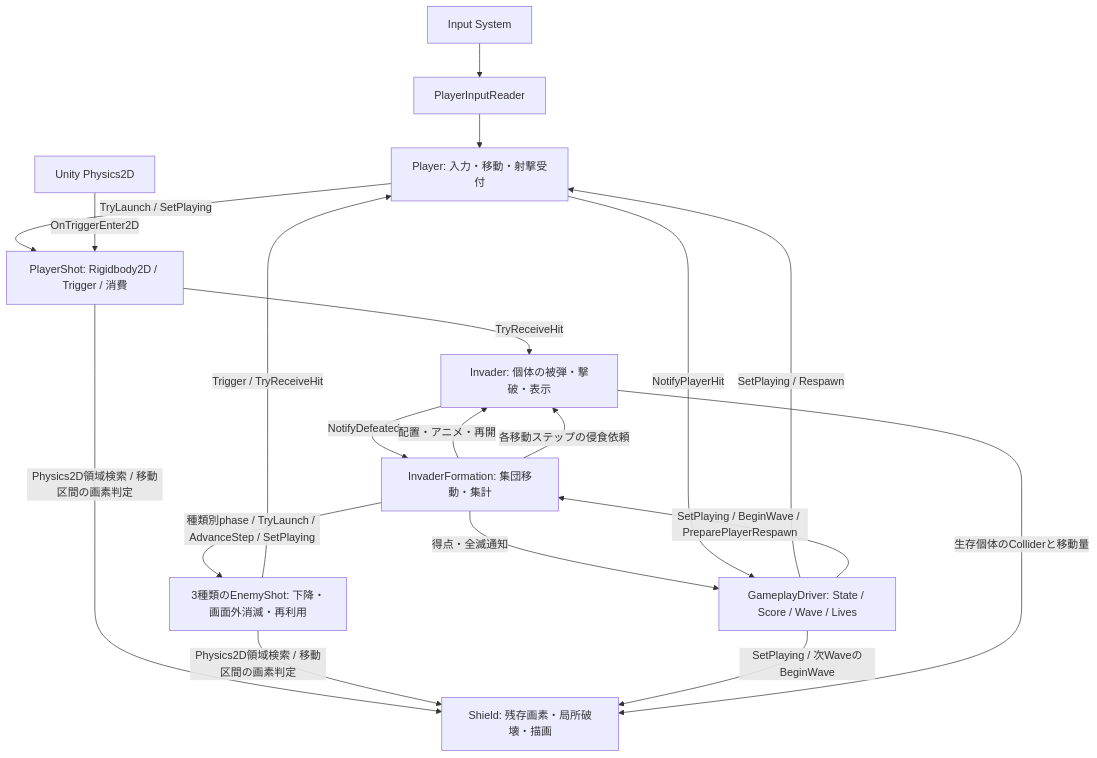
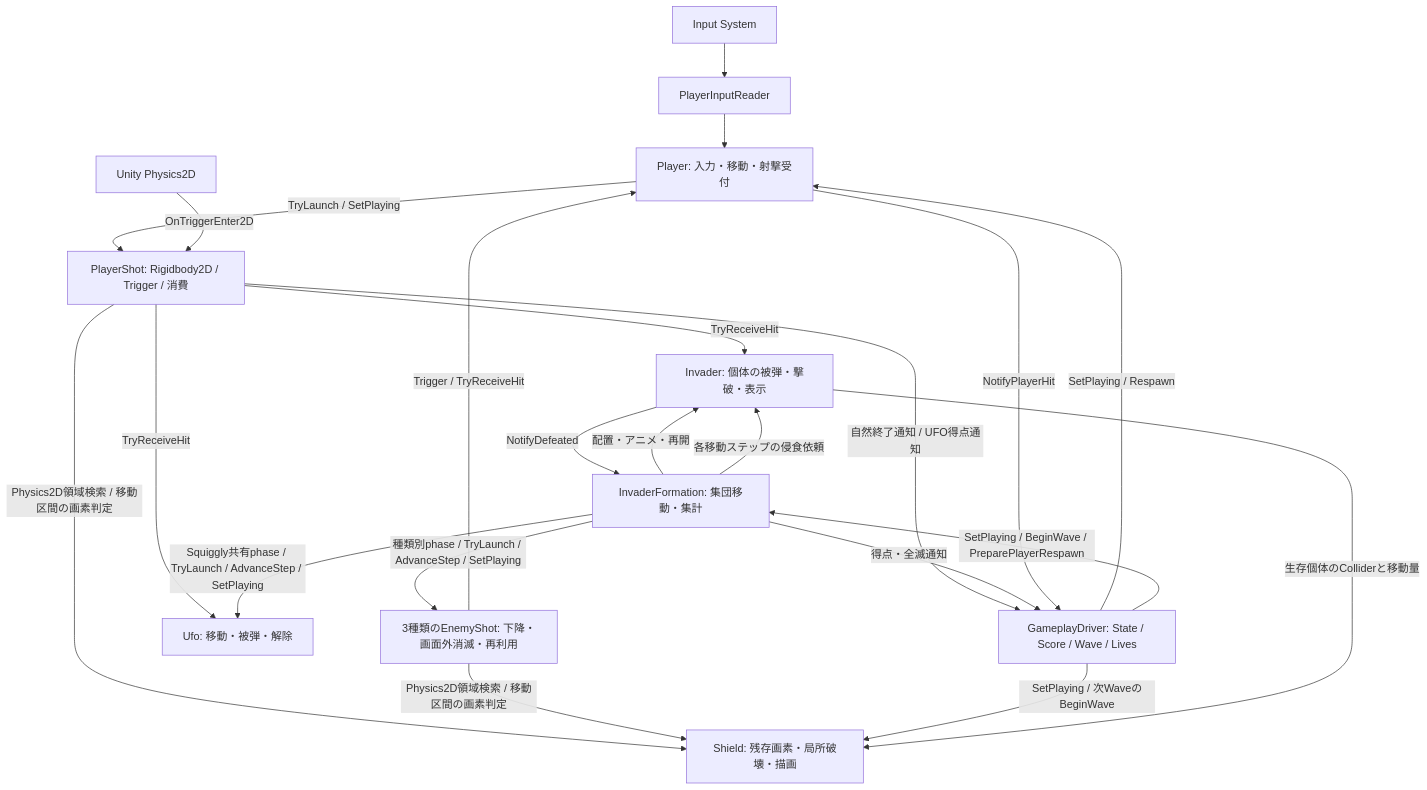
Before and after one commit to urahimono/Unity_Invader: the diagram in docs/ARCHITECTURE.md, drawn with Mermaid. The commit also changed other lines of this file and 21 other files, not shown here.

````diff
--- a/docs/ARCHITECTURE.md
+++ b/docs/ARCHITECTURE.md
@@ -21,21 +21,24 @@
 ```mermaid
 flowchart TD
     Input[Input System] --> Reader[PlayerInputReader]
     Reader --> Player[Player: 入力・移動・射撃受付]
     Driver[GameplayDriver: State / Score / Wave / Lives] -->|SetPlaying / Respawn| Player
     Driver -->|SetPlaying / BeginWave / PreparePlayerRespawn| Formation[InvaderFormation: 集団移動・集計]
     Player -->|TryLaunch / SetPlaying| Shot[PlayerShot: Rigidbody2D / Trigger / 消費]
     Physics[Unity Physics2D] -->|OnTriggerEnter2D| Shot
     Shot -->|TryReceiveHit| Invader[Invader: 個体の被弾・撃破・表示]
+    Shot -->|TryReceiveHit| Ufo[Ufo: 移動・被弾・解除]
+    Shot -->|自然終了通知 / UFO得点通知| Driver
     Invader -->|NotifyDefeated| Formation
     Formation -->|得点・全滅通知| Driver
     Formation -->|配置・アニメ・再開| Invader
     Formation -->|種類別phase / TryLaunch / AdvanceStep / SetPlaying| EnemyShot[3種類のEnemyShot: 下降・画面外消滅・再利用]
+    Formation -->|Squiggly共有phase / TryLaunch / AdvanceStep / SetPlaying| Ufo
     EnemyShot -->|Trigger / TryReceiveHit| Player
     Player -->|NotifyPlayerHit| Driver
     Shot -->|Physics2D領域検索 / 移動区間の画素判定| Shield[Shield: 残存画素・局所破壊・描画]
     EnemyShot -->|Physics2D領域検索 / 移動区間の画素判定| Shield
     Driver -->|SetPlaying / 次WaveのBeginWave| Shield
     Formation -->|各移動ステップの侵食依頼| Invader
     Invader -->|生存個体のColliderと移動量| Shield
 ```
````
